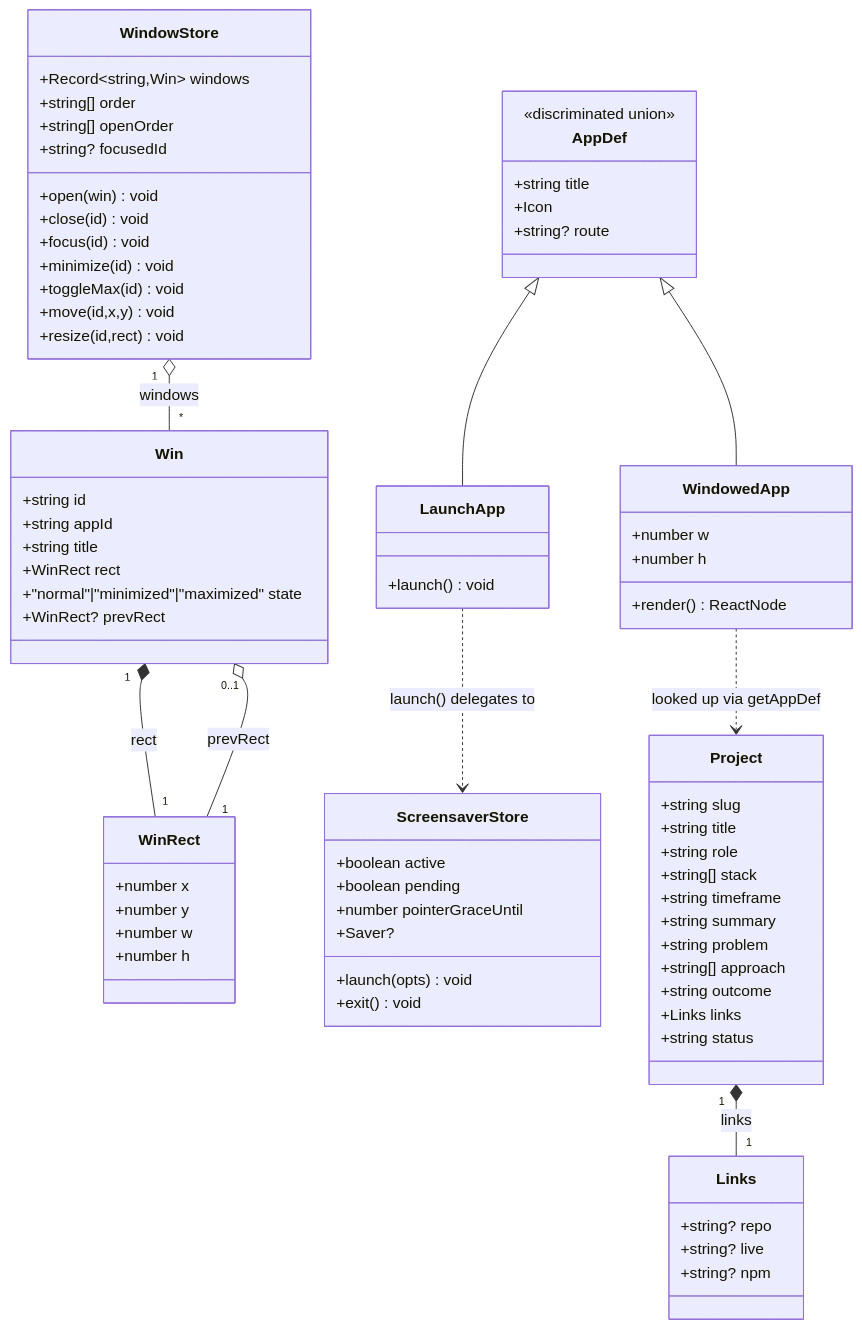
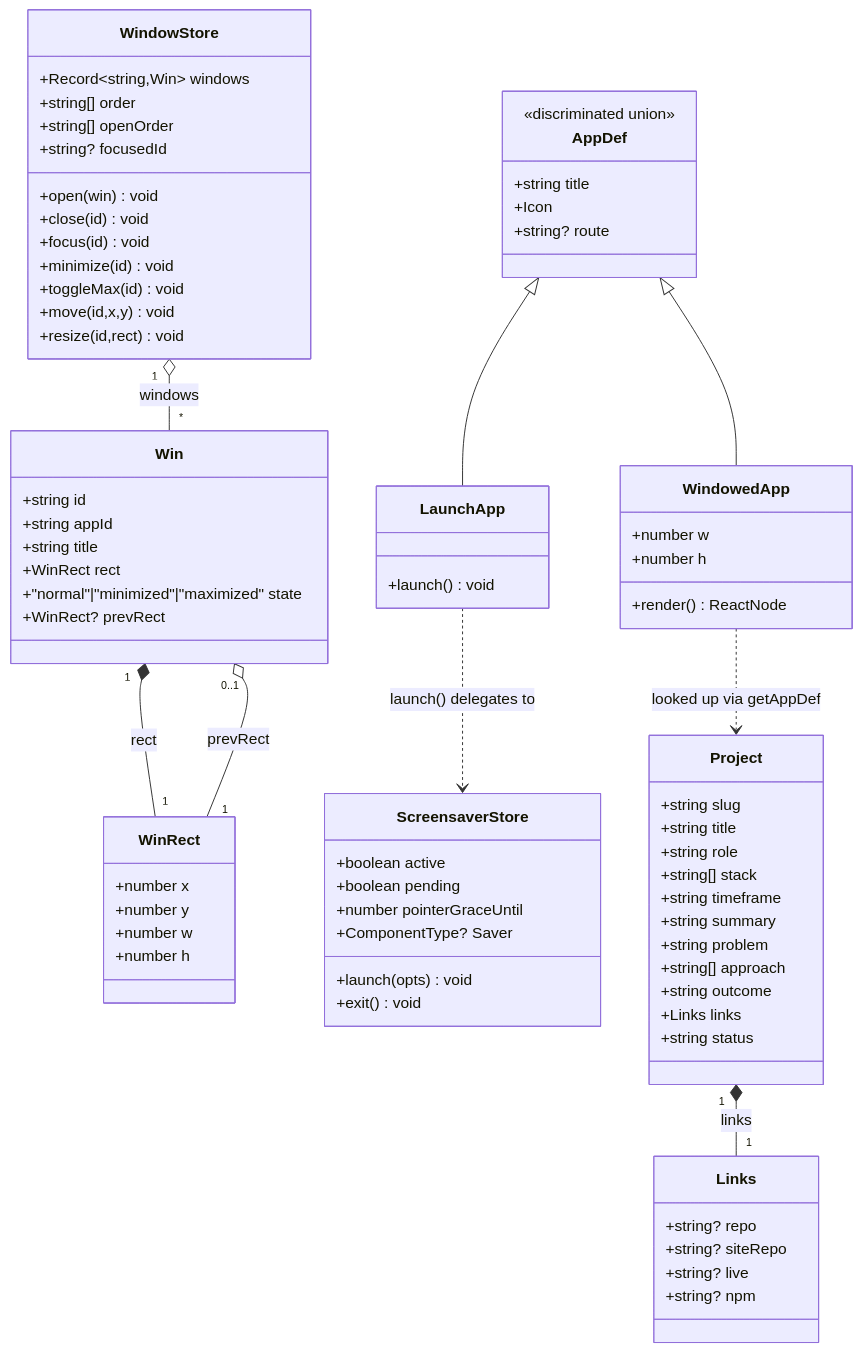
Before and after one commit to carterptull/personal-portfolio-website: the diagram in diagrams/class-diagram.md, drawn with Mermaid. The commit also changed other lines of this file and 7 other files, not shown here.

Commit message:
Refreshed stale diagrams to match v1.2.0.

```diff
--- a/diagrams/class-diagram.md
+++ b/diagrams/class-diagram.md
@@ -56,7 +56,7 @@
         +boolean active
         +boolean pending
         +number pointerGraceUntil
-        +Saver?
+        +ComponentType? Saver
         +launch(opts) void
         +exit() void
     }
@@ -76,6 +76,7 @@
     }
     class Links {
         +string? repo
+        +string? siteRepo
         +string? live
         +string? npm
     }
```
